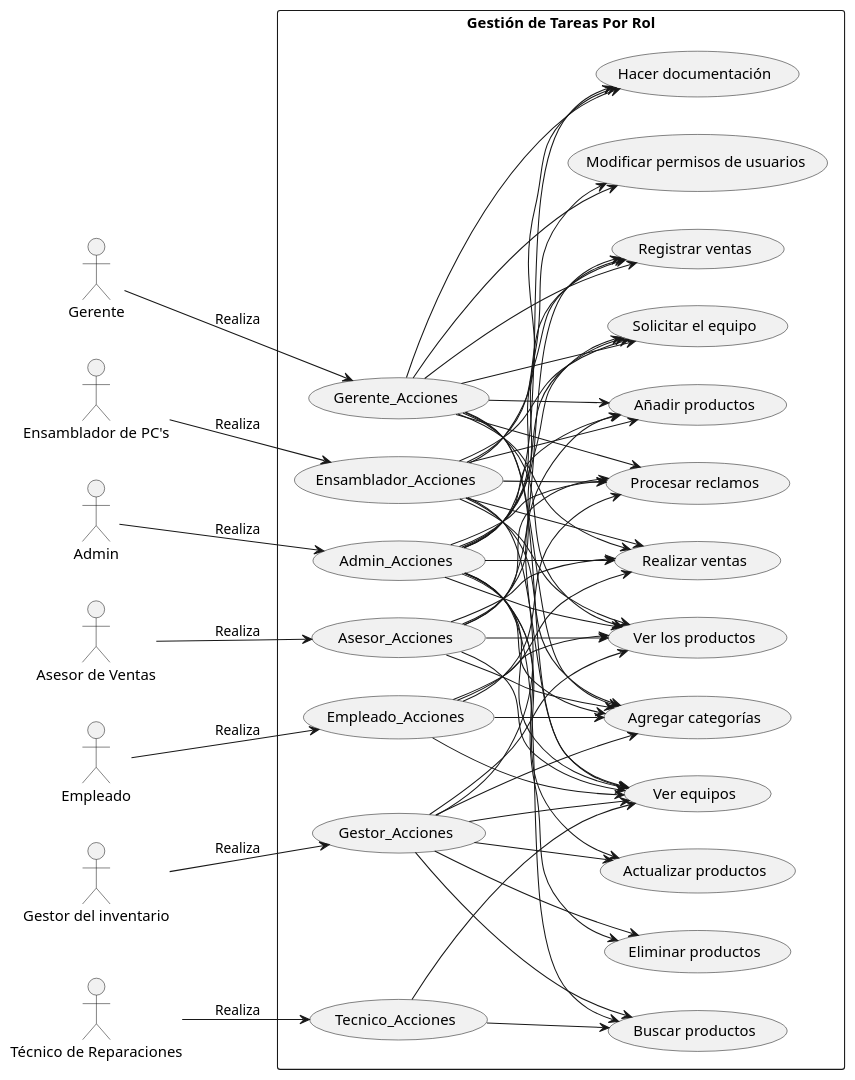
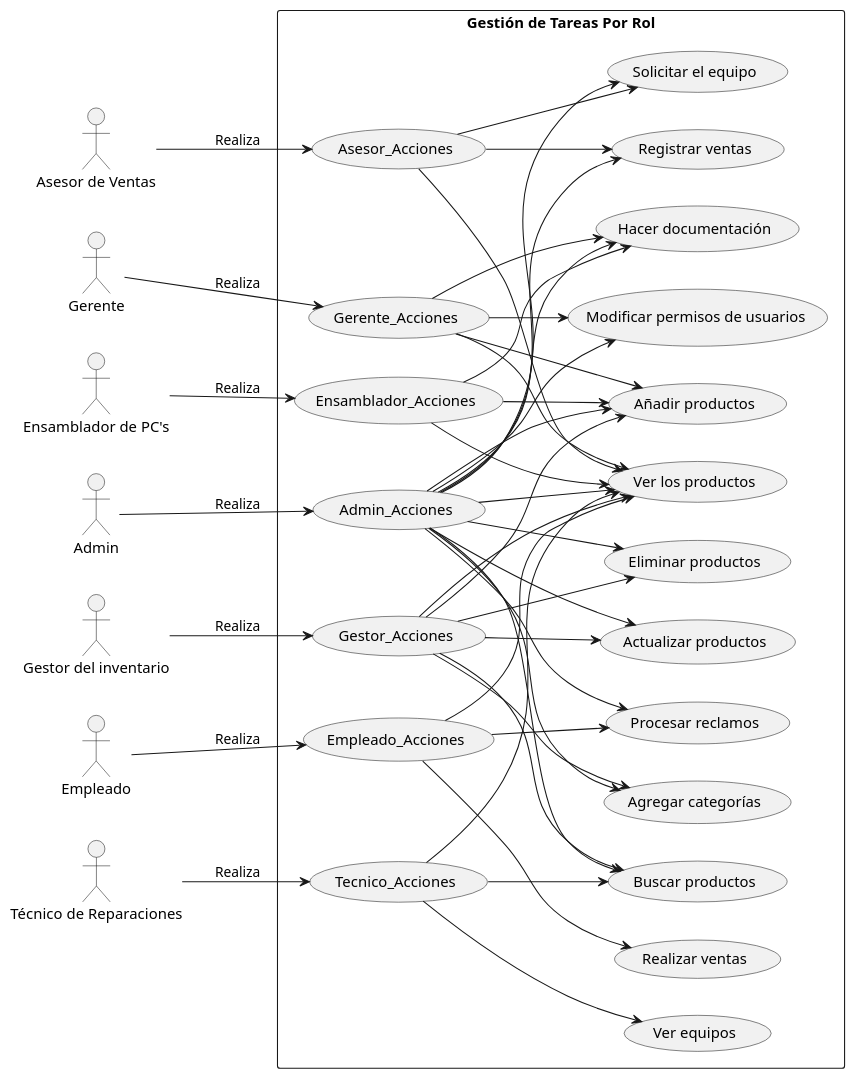
Before and after one commit to DiegoCordova7/htdocs: the diagram in diagramas/R01.1.puml, drawn with PlantUML. The commit also changed 7 other files, not shown here.

```diff
--- a/diagramas/R01.1.puml
+++ b/diagramas/R01.1.puml
@@ -1,86 +1,65 @@
 @startuml R01.0
 
 left to right direction
 
 actor Admin as "Admin"
 actor Gerente as "Gerente"
 actor "Ensamblador de PC's" as Ensamblador
 actor "Asesor de Ventas" as Asesor
 actor Empleado as "Empleado"
 actor "Gestor del inventario" as Gestor
 actor "Técnico de Reparaciones" as Tecnico
 
 rectangle "Gestión de Tareas Por Rol" {
     left to right direction
     
     Admin --> (Admin_Acciones) : Realiza
     Gerente --> (Gerente_Acciones) : Realiza
     Ensamblador --> (Ensamblador_Acciones) : Realiza
     Asesor --> (Asesor_Acciones) : Realiza
     Empleado --> (Empleado_Acciones) : Realiza
-    
     Gestor --> (Gestor_Acciones) : Realiza
     Tecnico --> (Tecnico_Acciones) : Realiza
     
     (Admin_Acciones) --> (Buscar productos)
     (Admin_Acciones) --> (Actualizar productos)
     (Admin_Acciones) --> (Eliminar productos)
     (Admin_Acciones) --> (Modificar permisos de usuarios)
     (Admin_Acciones) --> (Añadir productos)
     (Admin_Acciones) --> (Hacer documentación)
     (Admin_Acciones) --> (Solicitar el equipo)
     (Admin_Acciones) --> (Registrar ventas)
     (Admin_Acciones) --> (Ver los productos)
-    (Admin_Acciones) --> (Realizar ventas)
     (Admin_Acciones) --> (Procesar reclamos)
     (Admin_Acciones) --> (Agregar categorías)
-    (Admin_Acciones) --> (Ver equipos)
     
     (Gerente_Acciones) --> (Modificar permisos de usuarios)
     (Gerente_Acciones) --> (Añadir productos)
     (Gerente_Acciones) --> (Hacer documentación)
-    (Gerente_Acciones) --> (Solicitar el equipo)
-    (Gerente_Acciones) --> (Registrar ventas)
     (Gerente_Acciones) --> (Ver los productos)
-    (Gerente_Acciones) --> (Realizar ventas)
-    (Gerente_Acciones) --> (Procesar reclamos)
-    (Gerente_Acciones) --> (Agregar categorías)
-    (Gerente_Acciones) --> (Ver equipos)
     
     (Ensamblador_Acciones) --> (Añadir productos)
     (Ensamblador_Acciones) --> (Hacer documentación)
-    (Ensamblador_Acciones) --> (Solicitar el equipo)
-    (Ensamblador_Acciones) --> (Registrar ventas)
     (Ensamblador_Acciones) --> (Ver los productos)
-    (Ensamblador_Acciones) --> (Realizar ventas)
-    (Ensamblador_Acciones) --> (Procesar reclamos)
-    (Ensamblador_Acciones) --> (Agregar categorías)
-    (Ensamblador_Acciones) --> (Ver equipos)
     
     (Asesor_Acciones) --> (Solicitar el equipo)
     (Asesor_Acciones) --> (Registrar ventas)
     (Asesor_Acciones) --> (Ver los productos)
-    (Asesor_Acciones) --> (Realizar ventas)
-    (Asesor_Acciones) --> (Procesar reclamos)
-    (Asesor_Acciones) --> (Agregar categorías)
-    (Asesor_Acciones) --> (Ver equipos)
     
     (Empleado_Acciones) --> (Ver los productos)
     (Empleado_Acciones) --> (Realizar ventas)
     (Empleado_Acciones) --> (Procesar reclamos)
-    (Empleado_Acciones) --> (Agregar categorías)
-    (Empleado_Acciones) --> (Ver equipos)
     
     (Gestor_Acciones) --> (Ver los productos)
     (Gestor_Acciones) --> (Buscar productos)
     (Gestor_Acciones) --> (Añadir productos)
     (Gestor_Acciones) --> (Actualizar productos)
     (Gestor_Acciones) --> (Eliminar productos)
     (Gestor_Acciones) --> (Agregar categorías)
-    (Gestor_Acciones) --> (Ver equipos)
     
     (Tecnico_Acciones) --> (Ver equipos)
     (Tecnico_Acciones) --> (Buscar productos)
+    (Tecnico_Acciones) --> (Ver los productos)
 }
 
 @enduml
```
